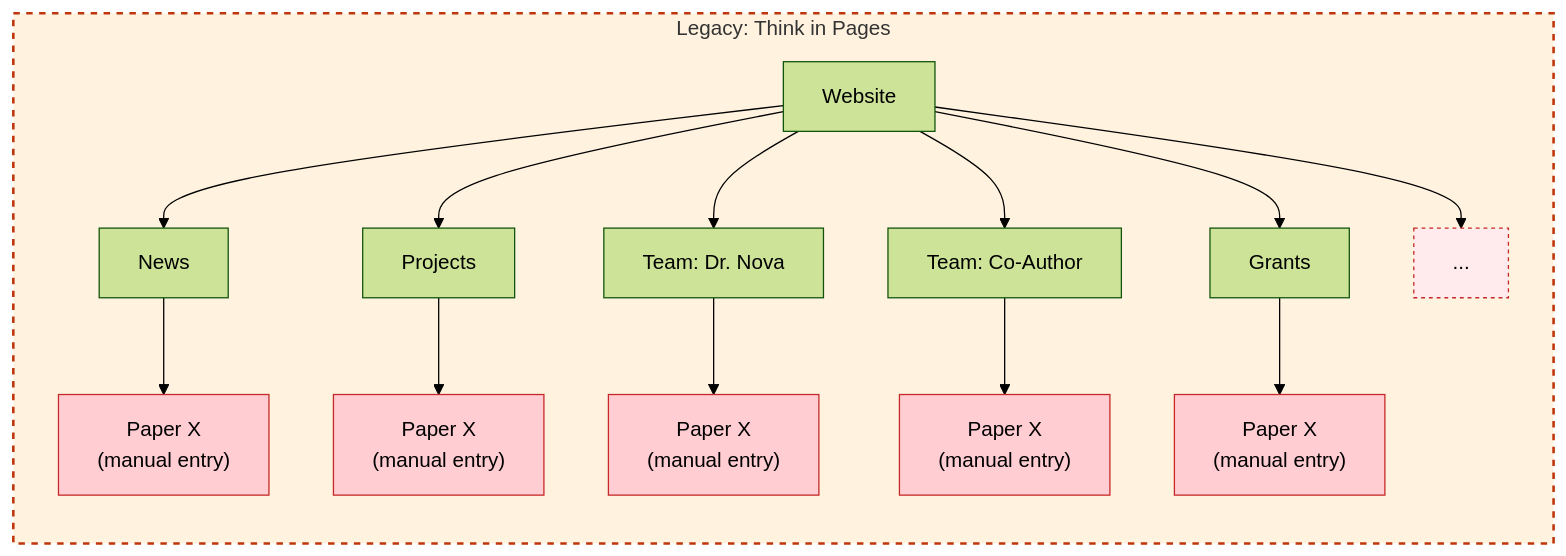
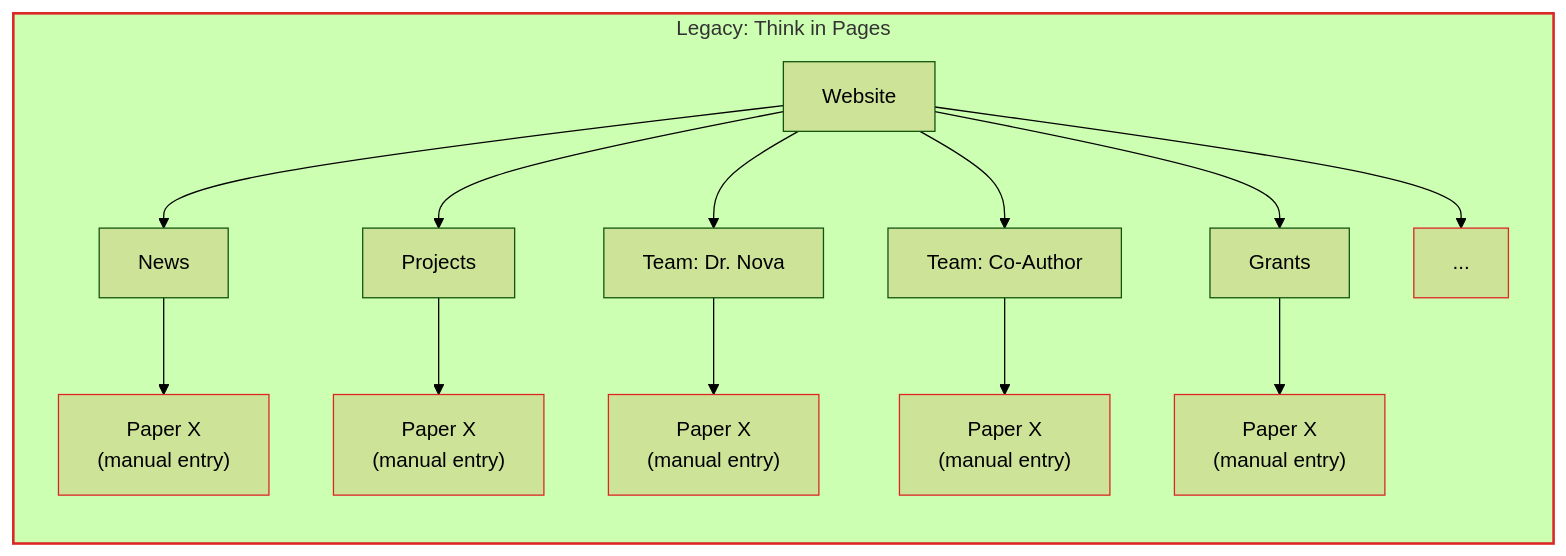
Before and after one commit to uzayer/masterdoc-fumadocs: the fourth of 5 diagrams in content/docs/projects/research-lab.mdx, drawn with Mermaid (forest theme). The commit also changed other lines of this file and 3 other files, not shown here.

First line of the commit message:
feat(layout): timeline steps for history, adaptive mermaid theming

````diff
--- a/content/docs/projects/research-lab.mdx
+++ b/content/docs/projects/research-lab.mdx
@@ -163,24 +162,24 @@
 ```mermaid
 flowchart LR
     subgraph Tree ["Legacy: Think in Pages"]
         direction TB
         W[Website] --> NP[News]
         W --> PP[Projects]
         W --> TP1[Team: Dr. Nova]
         W --> TP2[Team: Co-Author]
         W --> GT[Grants]
         W --> MORE["..."]
         NP --> A1["Paper X<br>(manual entry)"]
         PP --> A2["Paper X<br>(manual entry)"]
         TP1 --> A3["Paper X<br>(manual entry)"]
         TP2 --> A4["Paper X<br>(manual entry)"]
         GT --> A5["Paper X<br>(manual entry)"]
-        style A1 fill:#ffcdd2,stroke:#c62828
-        style A2 fill:#ffcdd2,stroke:#c62828
-        style A3 fill:#ffcdd2,stroke:#c62828
-        style A4 fill:#ffcdd2,stroke:#c62828
-        style A5 fill:#ffcdd2,stroke:#c62828
-        style MORE fill:#ffebee,stroke:#c62828,stroke-dasharray: 3 3
-        style Tree fill:#fff3e0,stroke:#bf360c,stroke-width:2px,stroke-dasharray: 5 5
+        style A1 stroke:#dc2626
+        style A2 stroke:#dc2626
+        style A3 stroke:#dc2626
+        style A4 stroke:#dc2626
+        style A5 stroke:#dc2626
+        style MORE stroke:#dc2626
+        style Tree stroke:#dc2626,stroke-width:2px
     end
 ```
````
